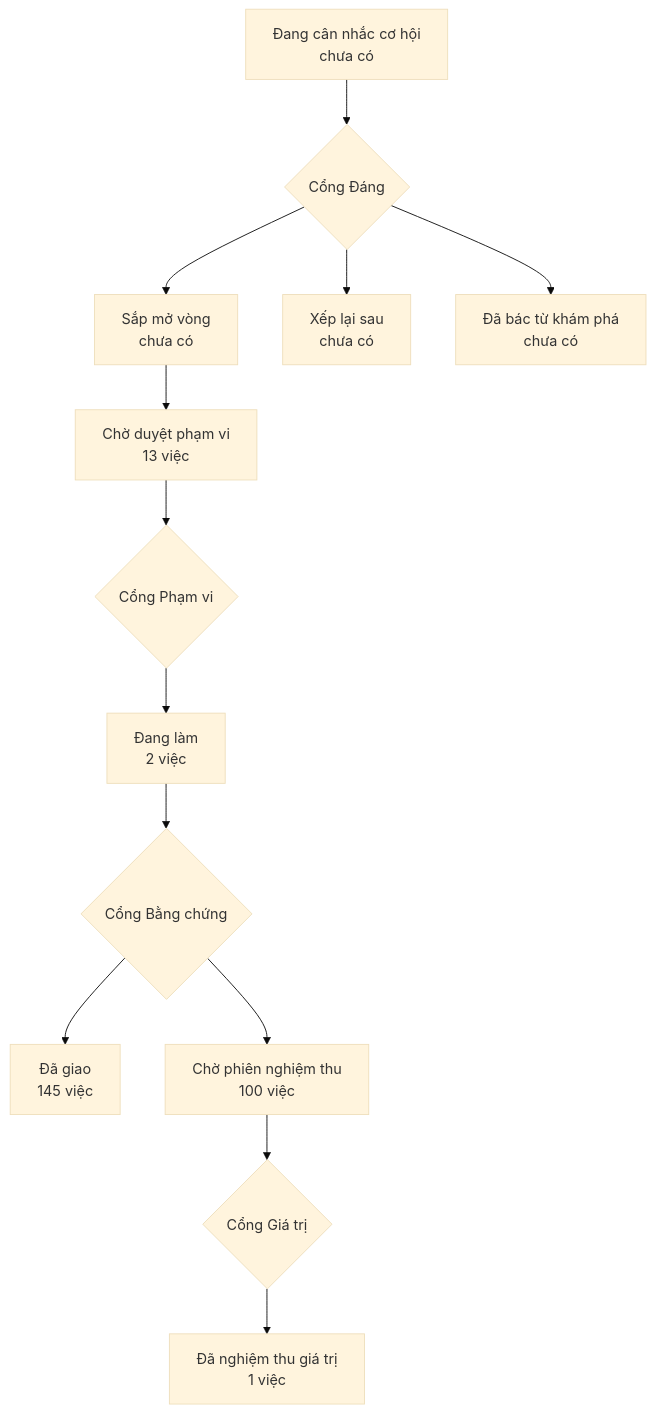
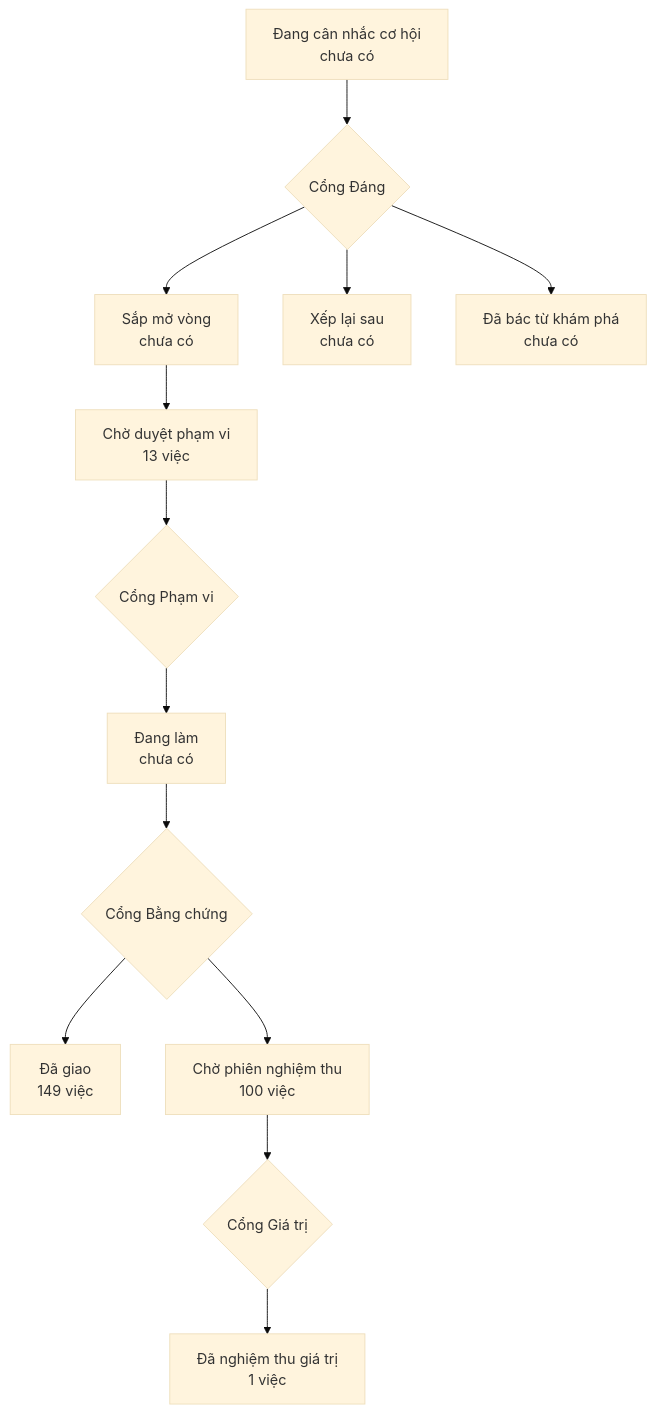
The diagram in PRODUCT-MAP.md (phanlemanh/onehub-invest), drawn with Mermaid (base theme) before and after one commit. The commit also changed other lines of this file and 1 other file, not shown here.

````diff
--- a/PRODUCT-MAP.md
+++ b/PRODUCT-MAP.md
@@ -7,12 +7,12 @@
 ```mermaid
 flowchart TD
   A["Đang cân nhắc cơ hội<br/>chưa có"] --> GD{"Cổng Đáng"}
   GD --> B["Sắp mở vòng<br/>chưa có"]
   GD --> XL["Xếp lại sau<br/>chưa có"]
   GD --> DB["Đã bác từ khám phá<br/>chưa có"]
   B --> CD["Chờ duyệt phạm vi<br/>13 việc"] --> GP{"Cổng Phạm vi"}
-  GP --> DL["Đang làm<br/>2 việc"] --> GB{"Cổng Bằng chứng"}
-  GB --> DG["Đã giao<br/>145 việc"]
+  GP --> DL["Đang làm<br/>chưa có"] --> GB{"Cổng Bằng chứng"}
+  GB --> DG["Đã giao<br/>149 việc"]
   GB --> CN["Chờ phiên nghiệm thu<br/>100 việc"] --> GG{"Cổng Giá trị"}
   GG --> NT["Đã nghiệm thu giá trị<br/>1 việc"]
 ```
````
